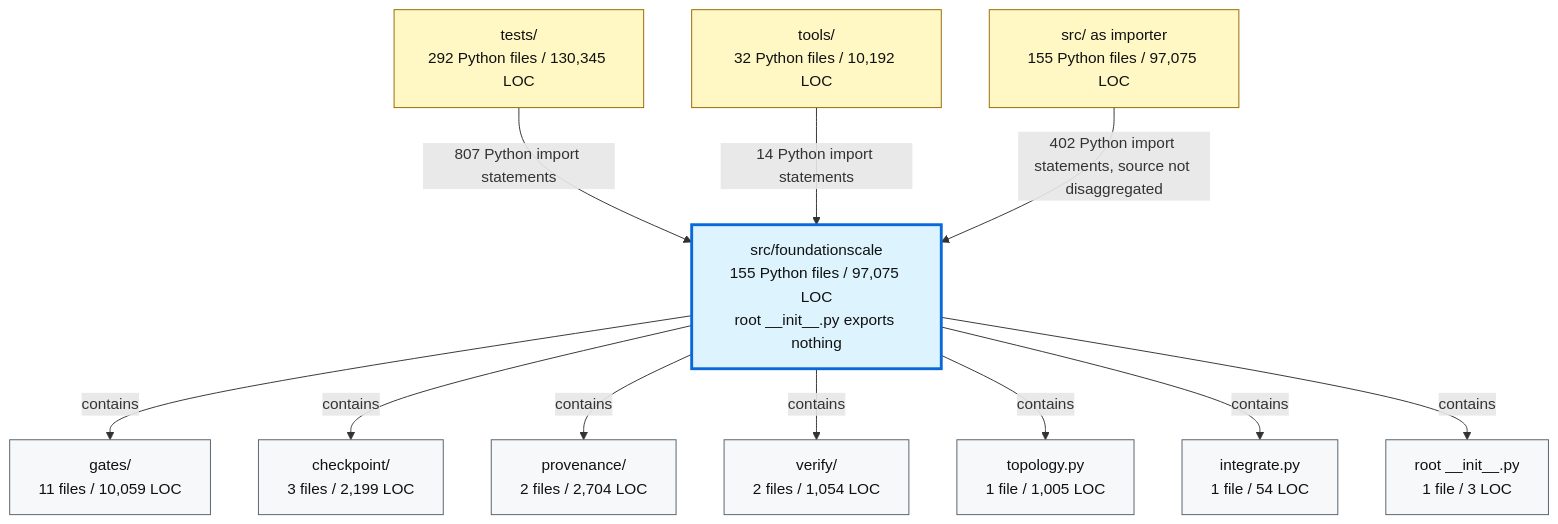
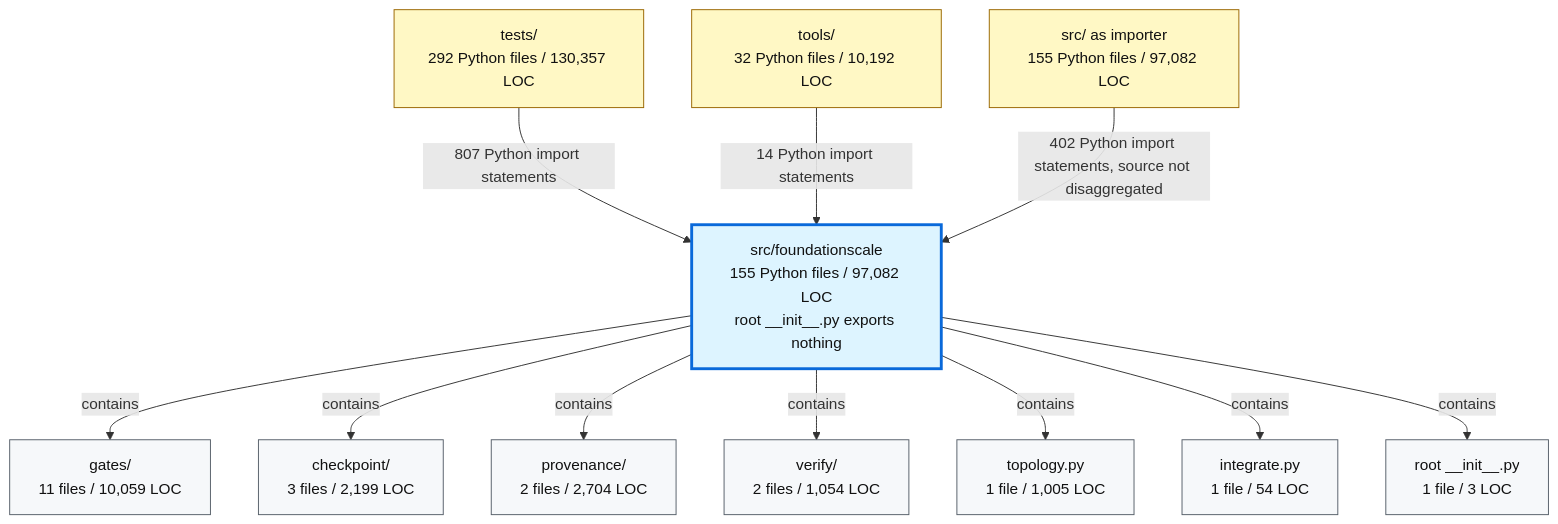
One commit to TranNhiem/FoundationScale changed the second of 2 diagrams in docs/review/D2_current_architecture.md. Above: the diagram before and after it, drawn with Mermaid. The commit also changed other lines of this file and 15 other files, not shown here.

````diff
--- a/docs/review/D2_current_architecture.md
+++ b/docs/review/D2_current_architecture.md
@@ -97,36 +97,36 @@
 ```mermaid
 flowchart TB
-  TESTS["tests/<br/>292 Python files / 130,345 LOC"]
+  TESTS["tests/<br/>292 Python files / 130,357 LOC"]
   TOOLS["tools/<br/>32 Python files / 10,192 LOC"]
-  SRC["src/ as importer<br/>155 Python files / 97,075 LOC"]
+  SRC["src/ as importer<br/>155 Python files / 97,082 LOC"]
 
-  FS["src/foundationscale<br/>155 Python files / 97,075 LOC<br/>root __init__.py exports nothing"]
+  FS["src/foundationscale<br/>155 Python files / 97,082 LOC<br/>root __init__.py exports nothing"]
 
   GATES["gates/<br/>11 files / 10,059 LOC"]
   CKPT["checkpoint/<br/>3 files / 2,199 LOC"]
   PROV["provenance/<br/>2 files / 2,704 LOC"]
   VERIFY["verify/<br/>2 files / 1,054 LOC"]
   TOPO["topology.py<br/>1 file / 1,005 LOC"]
   INTEG["integrate.py<br/>1 file / 54 LOC"]
   ROOT["root __init__.py<br/>1 file / 3 LOC"]
 
   TESTS -->|"807 Python import statements"| FS
   TOOLS -->|"14 Python import statements"| FS
   SRC -->|"402 Python import statements, source not disaggregated"| FS
 
   FS -->|"contains"| GATES
   FS -->|"contains"| CKPT
   FS -->|"contains"| PROV
   FS -->|"contains"| VERIFY
   FS -->|"contains"| TOPO
   FS -->|"contains"| INTEG
   FS -->|"contains"| ROOT
 
   classDef consumer fill:#fff8c5,stroke:#9a6700,color:#111;
   classDef package fill:#ddf4ff,stroke:#0969da,stroke-width:3px,color:#111;
   classDef module fill:#f6f8fa,stroke:#57606a,color:#111;
 
   class TESTS,TOOLS,SRC consumer;
   class FS package;
   class GATES,CKPT,PROV,VERIFY,TOPO,INTEG,ROOT module;
 ```
````
